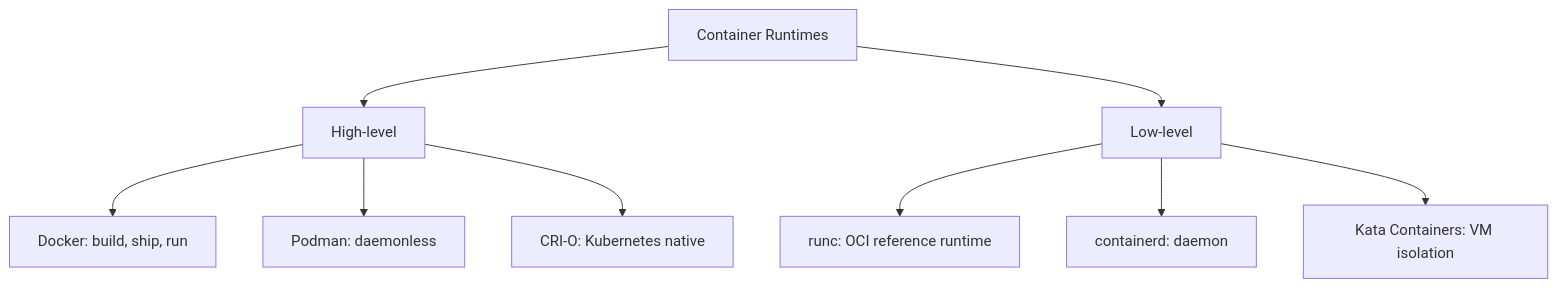
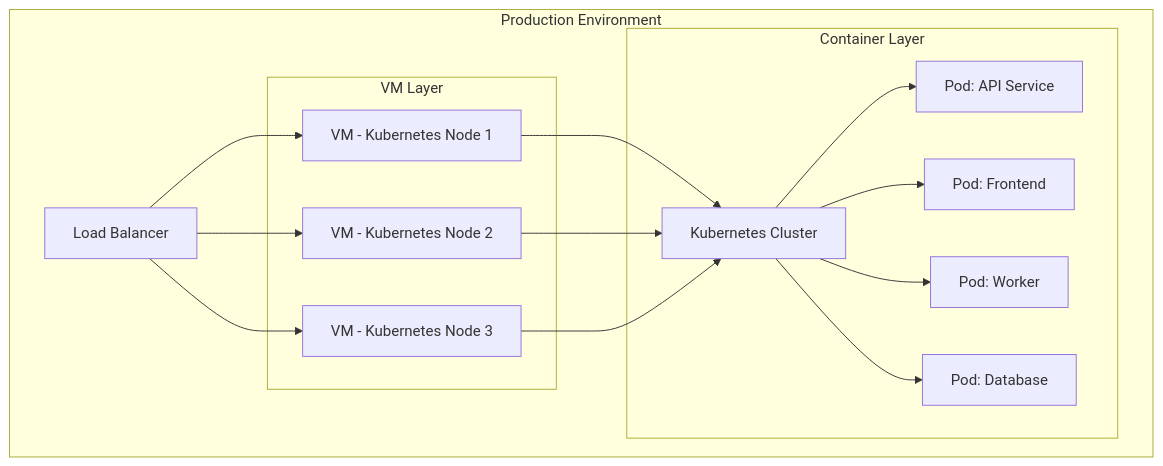
The sixth of 7 diagrams in src/cloud/virtualization/vm-vs-container.md (vanos001/placement_prep), drawn with Mermaid before and after one commit. The commit also changed other lines of this file and 22 other files, not shown here.

````diff
--- a/src/cloud/virtualization/vm-vs-container.md
+++ b/src/cloud/virtualization/vm-vs-container.md
@@ -119,13 +209,31 @@
 ```mermaid
-graph TD
-    RUNTIMES[Container Runtimes] --> HIGH[High-level]
-    RUNTIMES --> LOW[Low-level]
+graph TB
+    subgraph "Production Environment"
+        LB[Load Balancer]
 
-    HIGH --> DOCKER[Docker: build, ship, run]
-    HIGH --> PODMAN[Podman: daemonless]
-    HIGH --> CRIO[CRI-O: Kubernetes native]
+        subgraph "VM Layer"
+            VM1[VM - Kubernetes Node 1]
+            VM2[VM - Kubernetes Node 2]
+            VM3[VM - Kubernetes Node 3]
+        end
 
-    LOW --> RUNC[runc: OCI reference runtime]
-    LOW --> CONTAINERD[containerd: daemon]
-    LOW --> KATA[Kata Containers: VM isolation]
+        subgraph "Container Layer"
+            K8S[Kubernetes Cluster]
+            POD1[Pod: API Service]
+            POD2[Pod: Frontend]
+            POD3[Pod: Worker]
+            POD4[Pod: Database]
+        end
+
+        LB --> VM1
+        LB --> VM2
+        LB --> VM3
+        VM1 --> K8S
+        VM2 --> K8S
+        VM3 --> K8S
+        K8S --> POD1
+        K8S --> POD2
+        K8S --> POD3
+        K8S --> POD4
+    end
 ```
````
